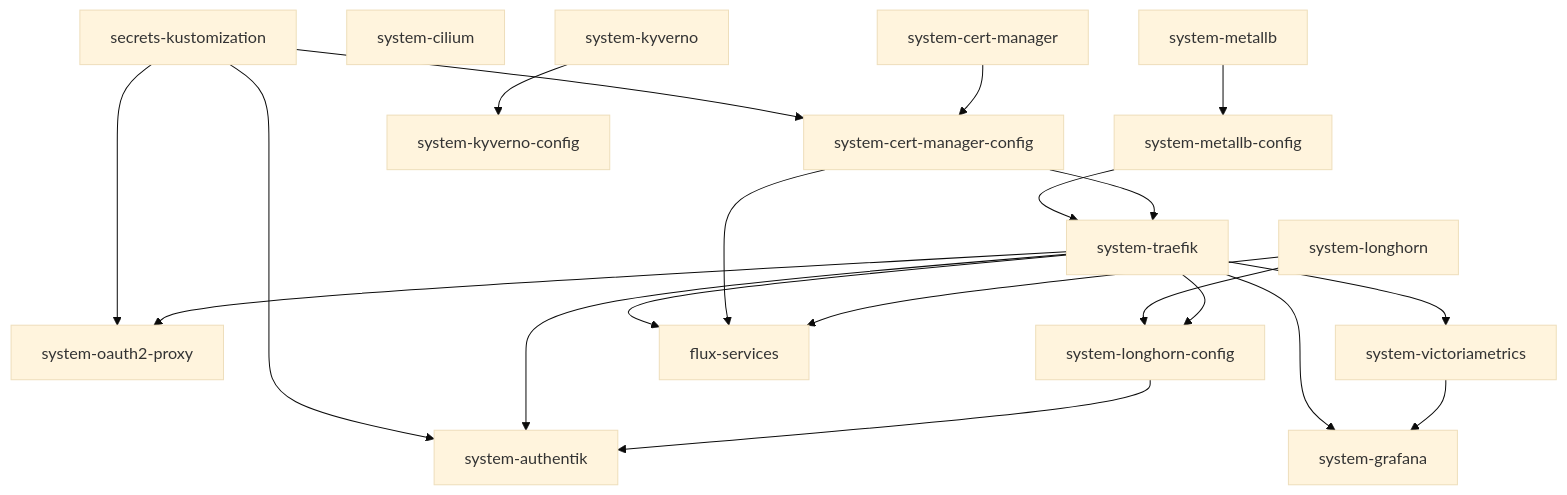
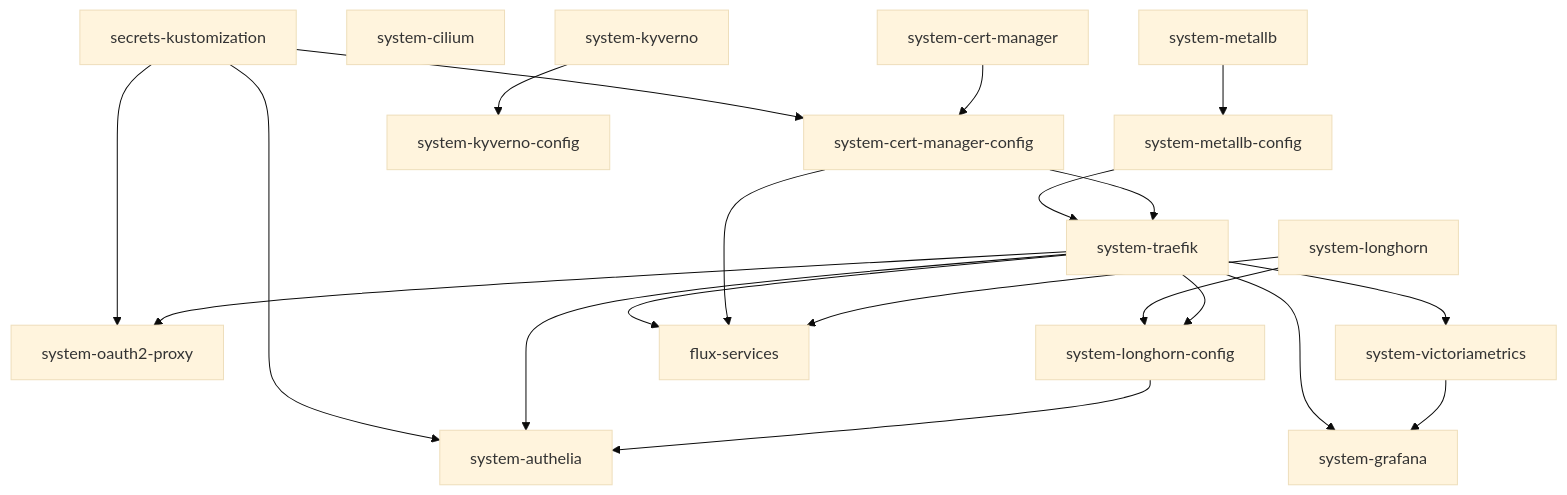
Before and after one commit to AntonBjornNilsson/cloud-gitops: the diagram in .agents/skills/cloud-gitops-architecture/SKILL.md, drawn with Mermaid (base theme). The commit also changed other lines of this file and 13 other files, not shown here.

Commit message:
feat(security): remove authentik and finalize authelia transition

````diff
--- a/.agents/skills/cloud-gitops-architecture/SKILL.md
+++ b/.agents/skills/cloud-gitops-architecture/SKILL.md
@@ -154,32 +154,32 @@
 ```mermaid
 graph TD
     secrets[secrets-kustomization] --> cert_cfg[system-cert-manager-config]
-    secrets --> auth[system-authentik]
+    secrets --> auth[system-authelia]
     secrets --> oauth[system-oauth2-proxy]
 
     cilium[system-cilium]
     
     metallb[system-metallb] --> metallb_cfg[system-metallb-config]
     cert[system-cert-manager] --> cert_cfg
     
     metallb_cfg --> traefik[system-traefik]
     cert_cfg --> traefik
     
     longhorn[system-longhorn] --> longhorn_cfg[system-longhorn-config]
     traefik --> longhorn_cfg
     
     traefik --> vm[system-victoriametrics]
     traefik --> grafana[system-grafana]
     vm --> grafana
     
     traefik --> auth
     longhorn_cfg --> auth
     
     traefik --> oauth
     
     kyverno[system-kyverno] --> kyverno_cfg[system-kyverno-config]
     
     traefik --> services[flux-services]
     cert_cfg --> services
     longhorn --> services
 ```
````
